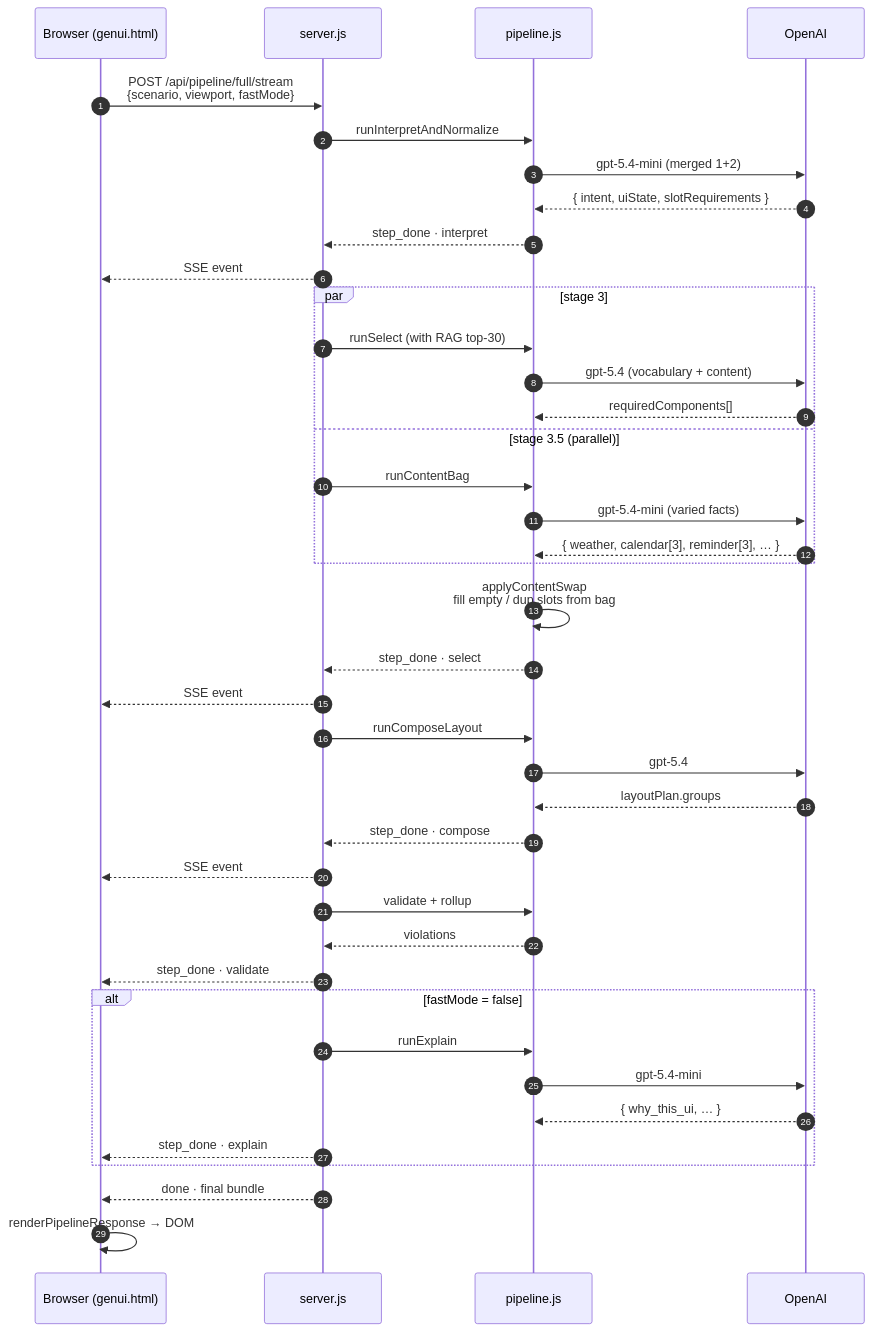
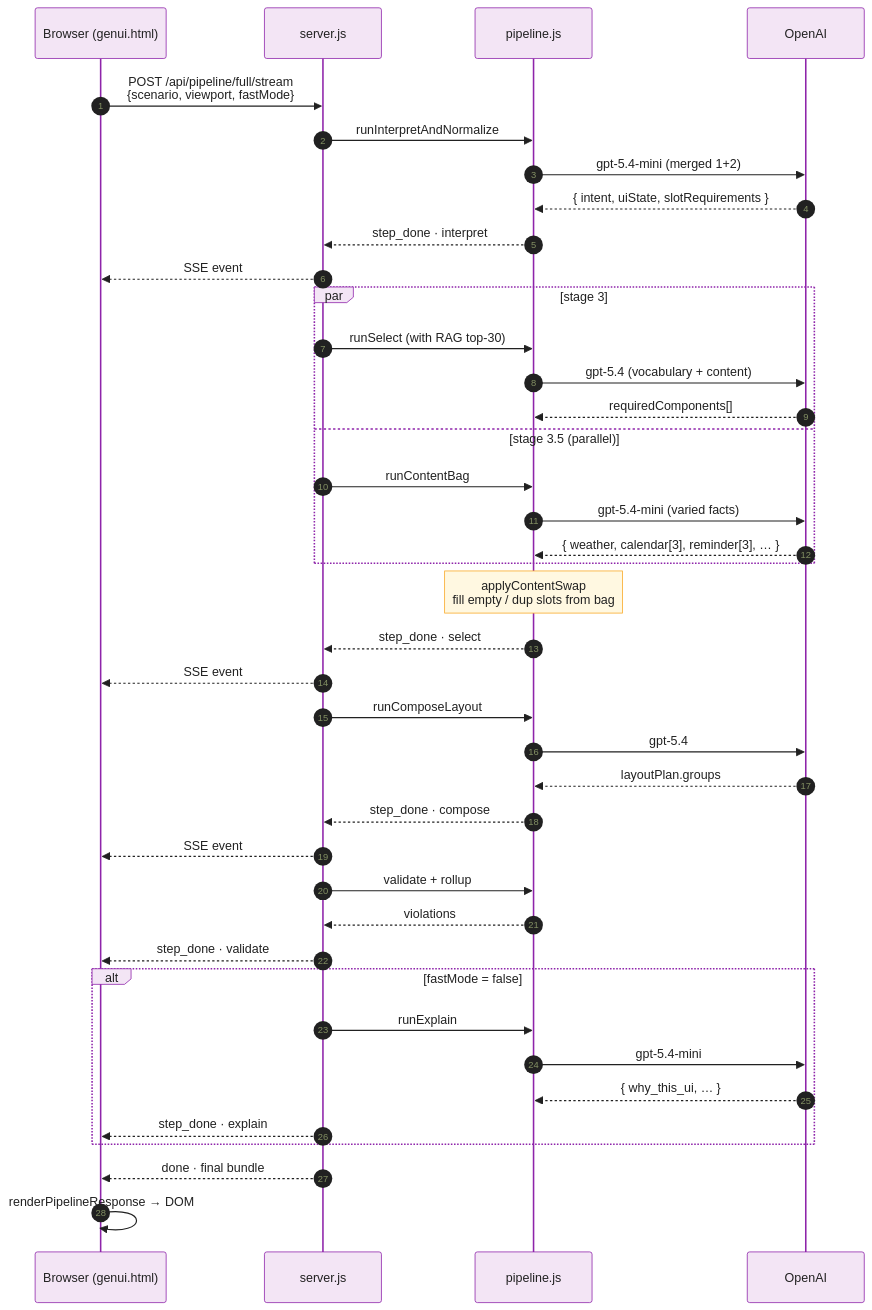
Before and after one commit to hj0325/samsung-GenUI: the third of 8 diagrams in README.md, drawn with Mermaid. The commit also changed other lines of this file, not shown here.

First line of the commit message:
Restyle README diagrams to FigJam Diagram-Basics design language

````diff
--- a/README.md
+++ b/README.md
@@ -60,49 +134,63 @@
 ```mermaid
+%%{init: {'theme':'base', 'themeVariables': {
+  'fontFamily':'ui-sans-serif, system-ui, sans-serif',
+  'fontSize':'13px',
+  'primaryColor':'#EDE7F6',
+  'primaryBorderColor':'#7E57C2',
+  'primaryTextColor':'#212121',
+  'lineColor':'#7C6F9C',
+  'actorBkg':'#F3E5F5',
+  'actorBorder':'#8E24AA',
+  'actorTextColor':'#212121',
+  'noteBkgColor':'#FFF8E1',
+  'noteBorderColor':'#F9A825',
+  'noteTextColor':'#212121'
+}}}%%
 sequenceDiagram
   autonumber
   participant UI as Browser (genui.html)
   participant Srv as server.js
   participant Pipe as pipeline.js
   participant LLM as OpenAI
 
   UI->>Srv: POST /api/pipeline/full/stream<br/>{scenario, viewport, fastMode}
   Srv->>Pipe: runInterpretAndNormalize
   Pipe->>LLM: gpt-5.4-mini (merged 1+2)
   LLM-->>Pipe: { intent, uiState, slotRequirements }
   Pipe-->>Srv: step_done · interpret
   Srv-->>UI: SSE event
 
   par stage 3
     Srv->>Pipe: runSelect (with RAG top-30)
     Pipe->>LLM: gpt-5.4 (vocabulary + content)
     LLM-->>Pipe: requiredComponents[]
   and stage 3.5 (parallel)
     Srv->>Pipe: runContentBag
     Pipe->>LLM: gpt-5.4-mini (varied facts)
     LLM-->>Pipe: { weather, calendar[3], reminder[3], … }
   end
 
-  Pipe->>Pipe: applyContentSwap<br/>fill empty / dup slots from bag
+  Note over Pipe: applyContentSwap<br/>fill empty / dup slots from bag
   Pipe-->>Srv: step_done · select
   Srv-->>UI: SSE event
 
   Srv->>Pipe: runComposeLayout
   Pipe->>LLM: gpt-5.4
   LLM-->>Pipe: layoutPlan.groups
   Pipe-->>Srv: step_done · compose
   Srv-->>UI: SSE event
 
   Srv->>Pipe: validate + rollup
   Pipe-->>Srv: violations
   Srv-->>UI: step_done · validate
 
   alt fastMode = false
     Srv->>Pipe: runExplain
     Pipe->>LLM: gpt-5.4-mini
     LLM-->>Pipe: { why_this_ui, … }
     Srv-->>UI: step_done · explain
   end
 
   Srv-->>UI: done · final bundle
   UI->>UI: renderPipelineResponse → DOM
 ```
````
